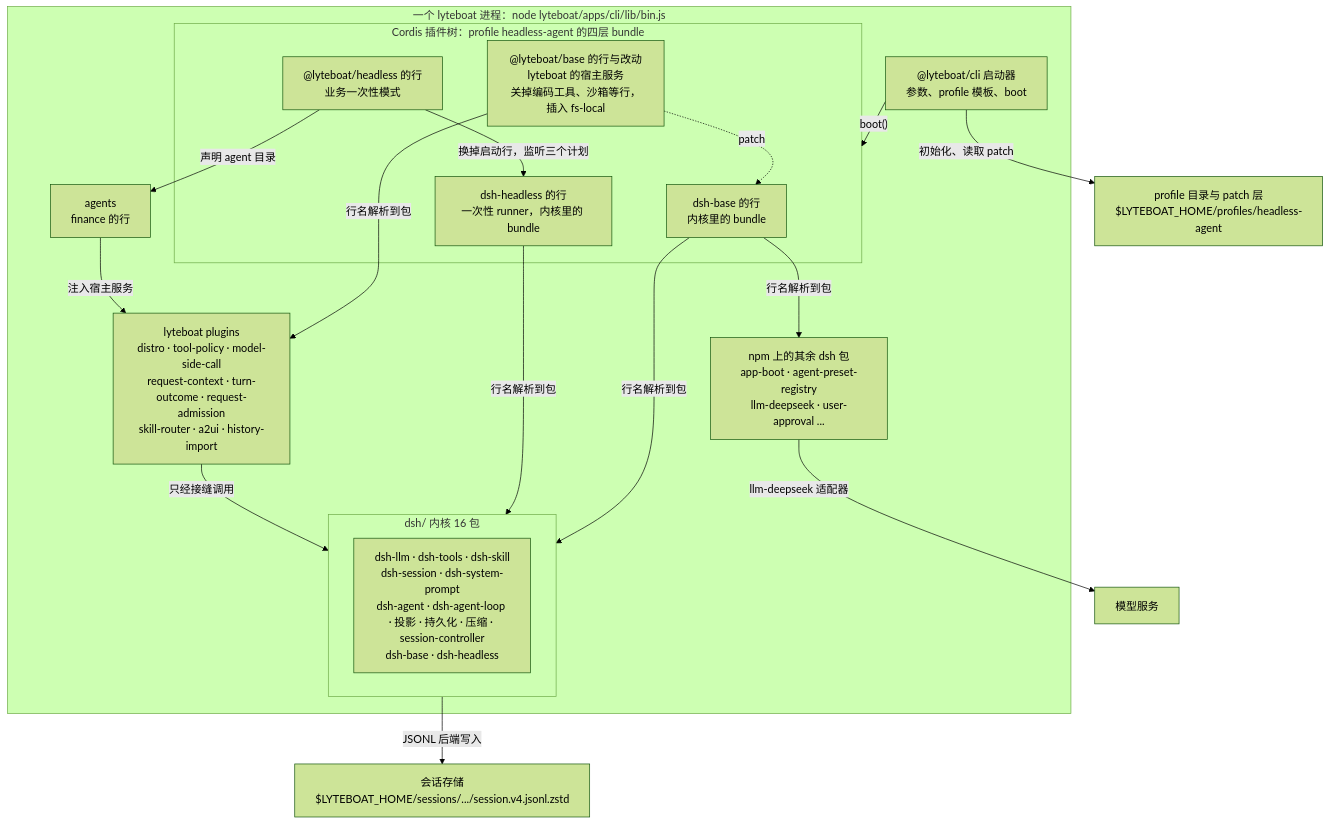
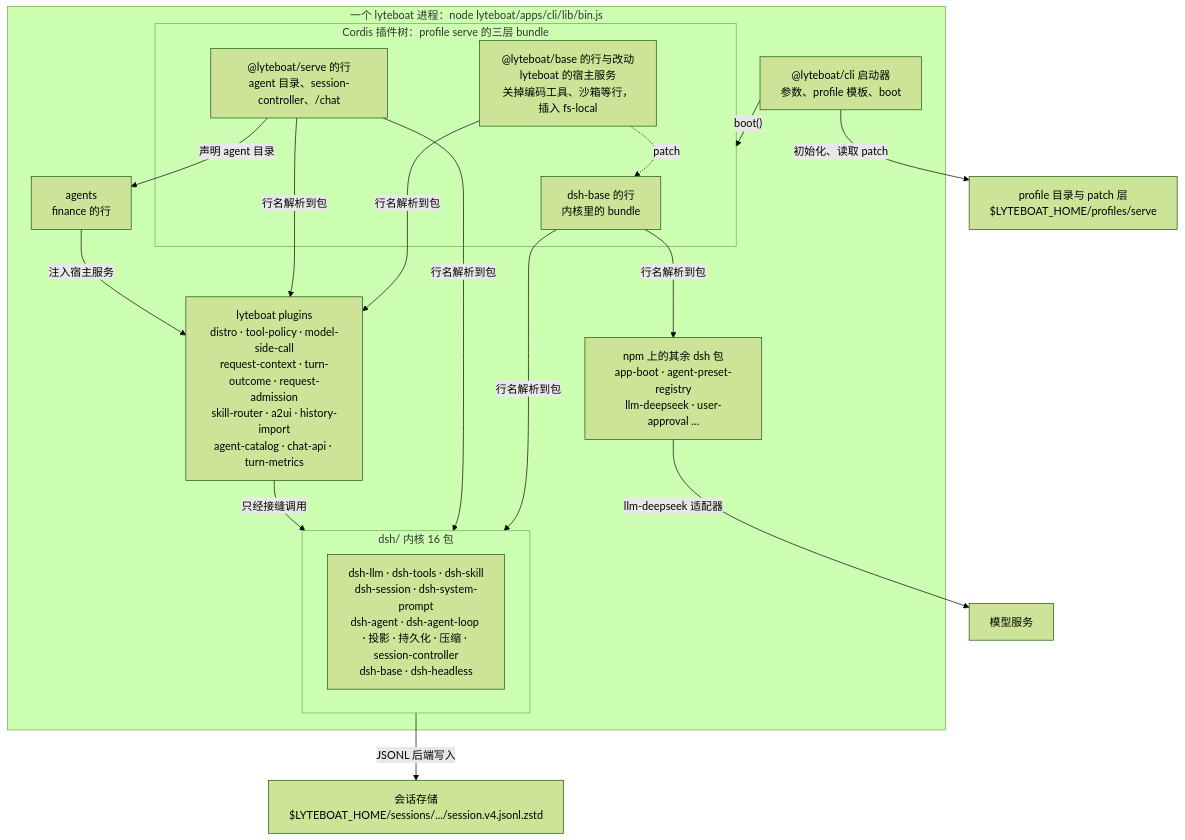
Before and after one commit to lyteboat/lyteboat: the second of 11 diagrams in docs/01-architecture.md, drawn with Mermaid (forest theme). The commit also changed other lines of this file and 4 other files, not shown here.

First line of the commit message:
docs: @lyteboat/headless — the docs run business agents through serve and /chat

````diff
--- a/docs/01-architecture.md
+++ b/docs/01-architecture.md
@@ -108,34 +108,33 @@
 ```mermaid
 flowchart TB
   subgraph PROC["一个 lyteboat 进程：node lyteboat/apps/cli/lib/bin.js"]
     cli["@lyteboat/cli 启动器<br/>参数、profile 模板、boot"]
-    subgraph TREE["Cordis 插件树：profile headless-agent 的四层 bundle"]
+    subgraph TREE["Cordis 插件树：profile serve 的三层 bundle"]
       base["dsh-base 的行<br/>内核里的 bundle"]
-      hdl["dsh-headless 的行<br/>一次性 runner，内核里的 bundle"]
       lbase["@lyteboat/base 的行与改动<br/>lyteboat 的宿主服务<br/>关掉编码工具、沙箱等行，插入 fs-local"]
-      runb["@lyteboat/headless 的行<br/>业务一次性模式"]
+      serveb["@lyteboat/serve 的行<br/>agent 目录、session-controller、/chat"]
     end
     subgraph KERNEL["dsh/ 内核 16 包"]
       kpk["dsh-llm · dsh-tools · dsh-skill<br/>dsh-session · dsh-system-prompt<br/>dsh-agent · dsh-agent-loop · 投影 · 持久化 · 压缩 · session-controller<br/>dsh-base · dsh-headless"]
     end
     npmpk["npm 上的其余 dsh 包<br/>app-boot · agent-preset-registry<br/>llm-deepseek · user-approval ..."]
-    plugins["lyteboat plugins<br/>distro · tool-policy · model-side-call<br/>request-context · turn-outcome · request-admission<br/>skill-router · a2ui · history-import"]
+    plugins["lyteboat plugins<br/>distro · tool-policy · model-side-call<br/>request-context · turn-outcome · request-admission<br/>skill-router · a2ui · history-import<br/>agent-catalog · chat-api · turn-metrics"]
     agents["agents<br/>finance 的行"]
   end
-  prof["profile 目录与 patch 层<br/>$LYTEBOAT_HOME/profiles/headless-agent"]
+  prof["profile 目录与 patch 层<br/>$LYTEBOAT_HOME/profiles/serve"]
   store["会话存储<br/>$LYTEBOAT_HOME/sessions/.../session.v4.jsonl.zstd"]
   model["模型服务"]
   cli -->|"初始化、读取 patch"| prof
   cli -->|"boot()"| TREE
   lbase -.->|"patch"| base
   base -->|"行名解析到包"| KERNEL
   base -->|"行名解析到包"| npmpk
-  hdl -->|"行名解析到包"| KERNEL
   lbase -->|"行名解析到包"| plugins
-  runb -->|"换掉启动行，监听三个计划"| hdl
-  runb -->|"声明 agent 目录"| agents
+  serveb -->|"行名解析到包"| plugins
+  serveb -->|"行名解析到包"| KERNEL
+  serveb -->|"声明 agent 目录"| agents
   agents -->|"注入宿主服务"| plugins
   plugins -->|"只经接缝调用"| KERNEL
   KERNEL -->|"JSONL 后端写入"| store
   npmpk -->|"llm-deepseek 适配器"| model
 ```
````
